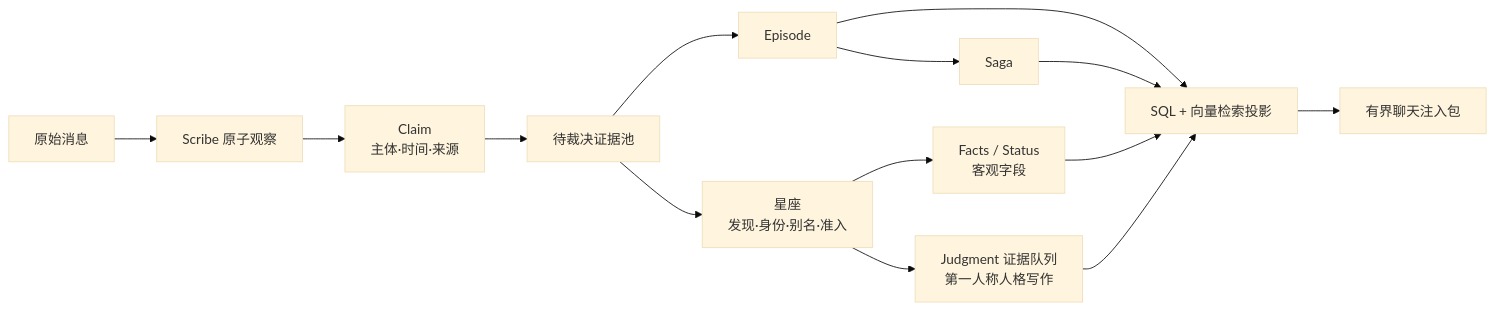
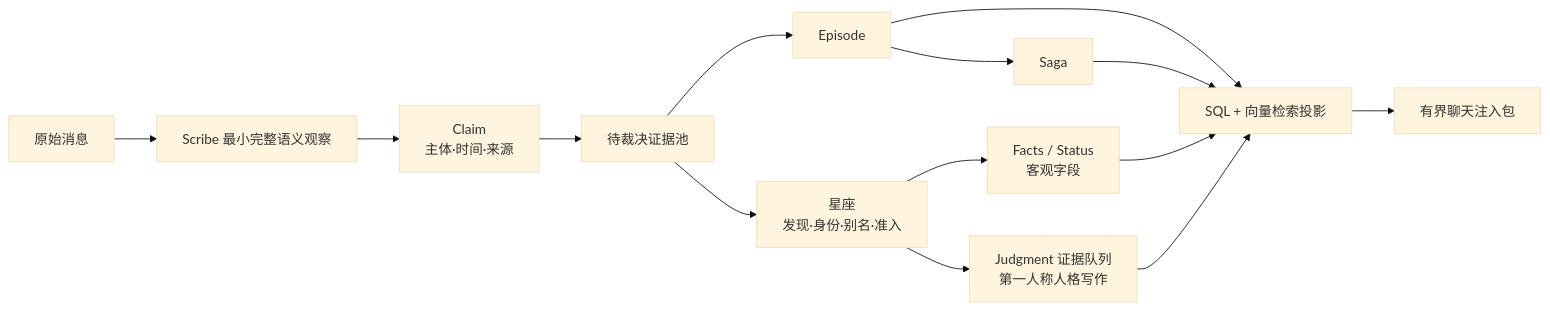
Before and after one commit to ClaraShafiq/MemoryConstellations: the diagram in README.md, drawn with Mermaid (base theme). The commit also changed other lines of this file and 8 other files, not shown here.

````diff
--- a/README.md
+++ b/README.md
@@ -9,16 +9,16 @@
 ```mermaid
 flowchart LR
-  M[原始消息] --> S[Scribe 原子观察]
+  M[原始消息] --> S[Scribe 最小完整语义观察]
   S --> C[Claim<br/>主体·时间·来源]
   C --> E[待裁决证据池]
   E --> K[星座<br/>发现·身份·别名·准入]
   E --> P[Episode]
   P --> G[Saga]
   K --> F[Facts / Status<br/>客观字段]
   K --> J[Judgment 证据队列<br/>第一人称人格写作]
   P --> R[SQL + 向量检索投影]
   G --> R
   F --> R
   J --> R
   R --> Q[有界聊天注入包]
 ```
````
